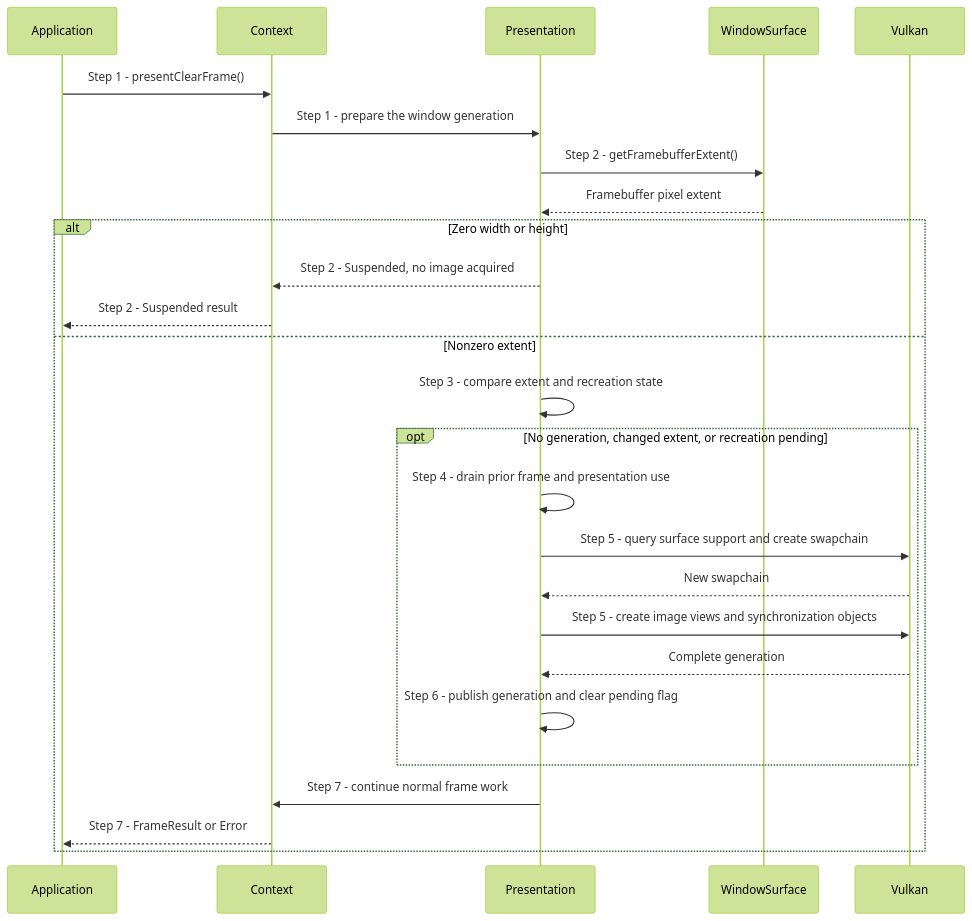
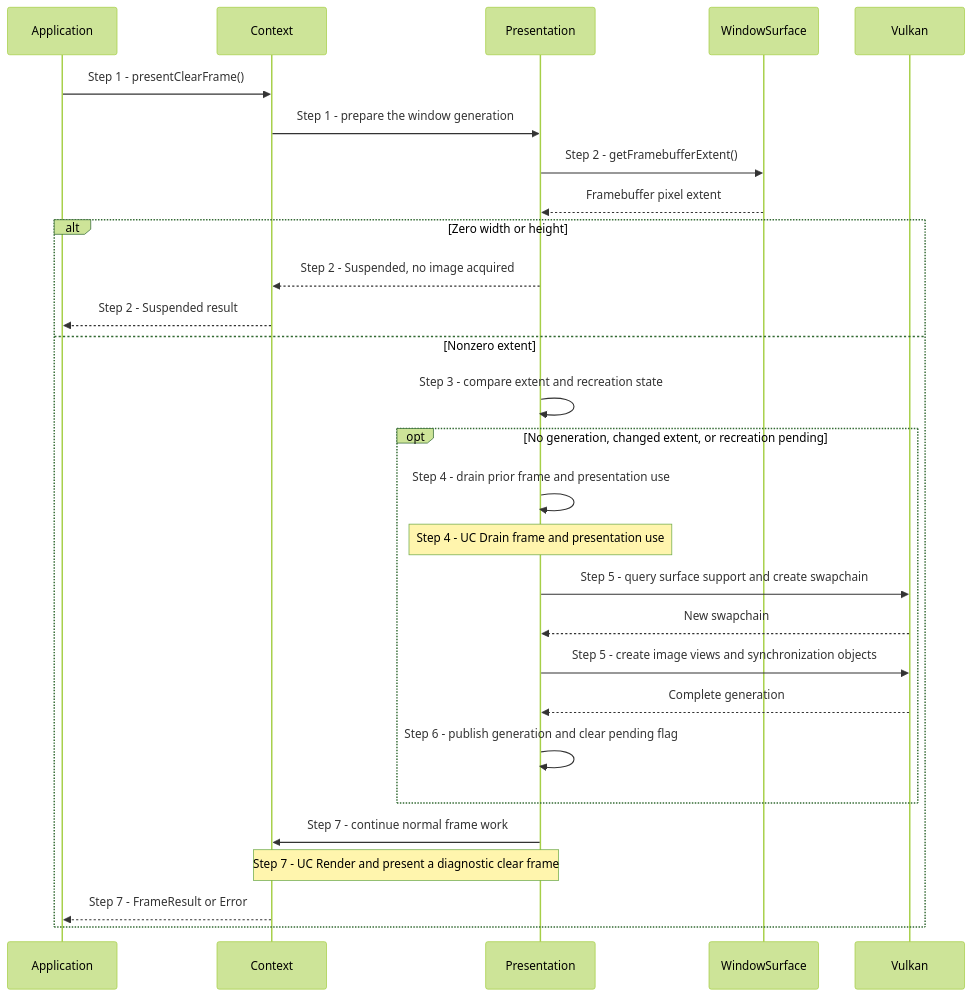
The first of 2 diagrams in docs/use-cases/recreate-swapchain.md (a-soltysik/Panda), drawn with Mermaid (forest theme) before and after one commit. The commit also changed other lines of this file and 23 other files, not shown here.

Commit message:
Align use-case references and document shared upload flows (#82)

````diff
--- a/docs/use-cases/recreate-swapchain.md
+++ b/docs/use-cases/recreate-swapchain.md
@@ -48,28 +49,30 @@
 ```mermaid
 sequenceDiagram
     participant A as Application
     participant C as Context
     participant P as Presentation
     participant S as WindowSurface
     participant V as Vulkan
     A->>C: Step 1 - presentClearFrame()
     C->>P: Step 1 - prepare the window generation
     P->>S: Step 2 - getFramebufferExtent()
     S-->>P: Framebuffer pixel extent
     alt Zero width or height
         P-->>C: Step 2 - Suspended, no image acquired
         C-->>A: Step 2 - Suspended result
     else Nonzero extent
         P->>P: Step 3 - compare extent and recreation state
         opt No generation, changed extent, or recreation pending
             P->>P: Step 4 - drain prior frame and presentation use
+            Note over P: Step 4 - UC Drain frame and presentation use
             P->>V: Step 5 - query surface support and create swapchain
             V-->>P: New swapchain
             P->>V: Step 5 - create image views and synchronization objects
             V-->>P: Complete generation
             P->>P: Step 6 - publish generation and clear pending flag
         end
         P->>C: Step 7 - continue normal frame work
+        Note over P,C: Step 7 - UC Render and present a diagnostic clear frame
         C-->>A: Step 7 - FrameResult or Error
     end
 ```
````
